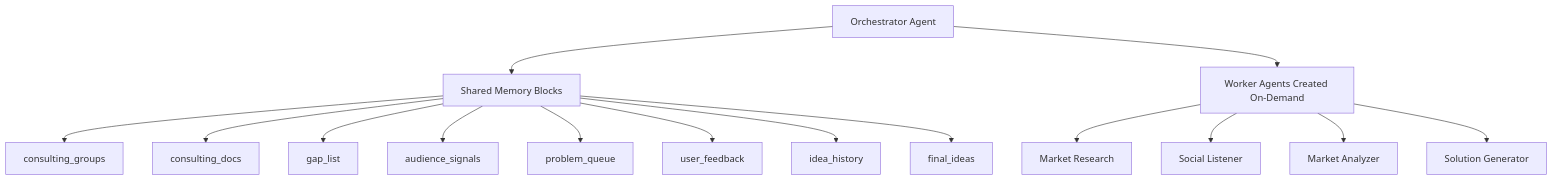
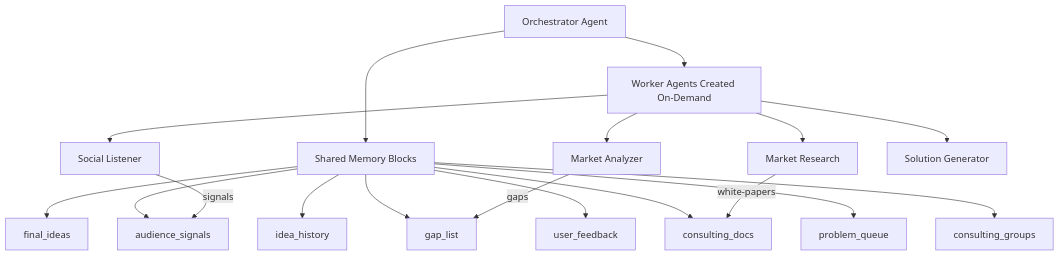
One commit to SheteUC/market-gap changed the diagram in README.md. Above: the diagram before and after it, drawn with Mermaid. The commit also changed other lines of this file and 22 other files, not shown here.

Commit message:
market analyzer and social listener added

````diff
--- a/README.md
+++ b/README.md
@@ -17,19 +17,22 @@
 ```mermaid
 graph TD
     A[Orchestrator Agent] --> B[Shared Memory Blocks]
     A --> C[Worker Agents Created On-Demand]
     
     B --> D[consulting_groups]
     B --> E[consulting_docs] 
     B --> F[gap_list]
     B --> G[audience_signals]
     B --> H[problem_queue]
     B --> I[user_feedback]
     B --> J[idea_history]
     B --> K[final_ideas]
     
     C --> L[Market Research]
+    L --> |white-papers| E
+    C --> N[Market Analyzer]
+    N --> |gaps| F
     C --> M[Social Listener]
-    C --> N[Market Analyzer]
+    M --> |signals| G
     C --> O[Solution Generator]
 ```
````
